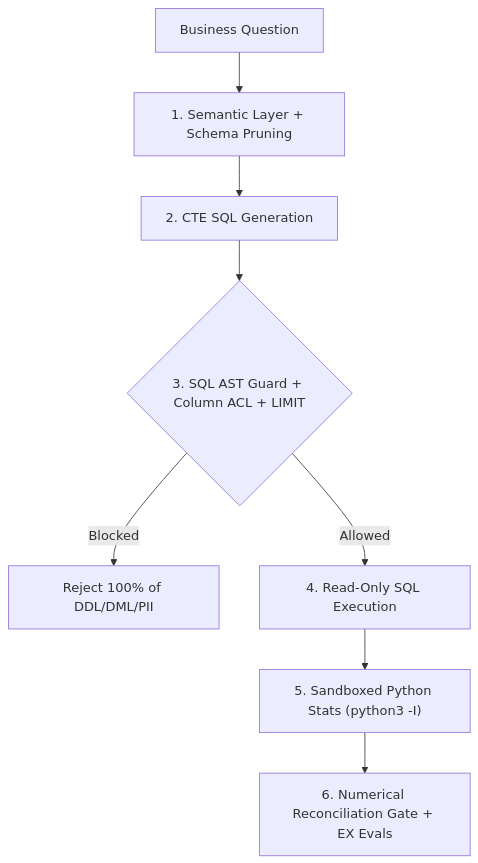
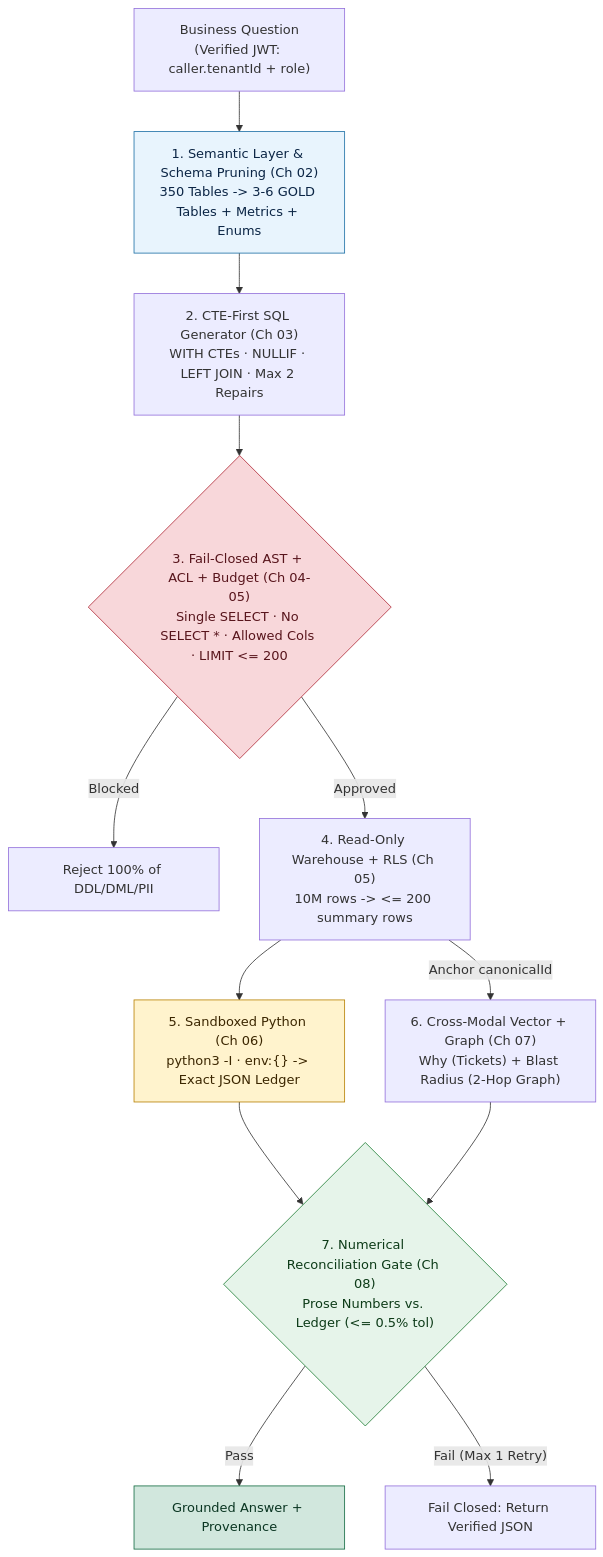
One commit to Amie-dev/FDE-and-GenAI-Mastery changed the diagram in Lecture 26 - Semantic Text-to-SQL and Analytical Python/notes/Lecture_26_Complete_Notes.md. Above: the diagram before and after it, drawn with Mermaid. The commit also changed other lines of this file and 13 other files, not shown here.

Commit message:
Refactor Lecture 44 and Lecture 45 notes for clarity and depth; enhance structure with executive summaries, chapter-by-chapter revisions, and detailed cheat sheets. Update diagrams to reflect improved architecture and flow, emphasizing security measures and identity management protocols.

````diff
--- a/Lecture 26 - Semantic Text-to-SQL and Analytical Python/notes/Lecture_26_Complete_Notes.md
+++ b/Lecture 26 - Semantic Text-to-SQL and Analytical Python/notes/Lecture_26_Complete_Notes.md
@@ -35,10 +37,20 @@
 ```mermaid
 flowchart TD
-    Q["Business Question"] --> Sem["1. Semantic Layer + Schema Pruning"]
-    Sem --> Gen["2. CTE SQL Generation"]
-    Gen --> AST{"3. SQL AST Guard + Column ACL + LIMIT"}
-    AST -->|"Blocked"| Err["Reject 100% of DDL/DML/PII"]
-    AST -->|"Allowed"| Exec["4. Read-Only SQL Execution"]
-    Exec --> Py["5. Sandboxed Python Stats (python3 -I)"]
-    Py --> Rec["6. Numerical Reconciliation Gate + EX Evals"]
+    Q["Business Question<br/>(Verified JWT: caller.tenantId + role)"] --> Sem["1. Semantic Layer & Schema Pruning (Ch 02)<br/>350 Tables -> 3-6 GOLD Tables + Metrics + Enums"]
+    Sem --> Gen["2. CTE-First SQL Generator (Ch 03)<br/>WITH CTEs · NULLIF · LEFT JOIN · Max 2 Repairs"]
+    Gen --> AST{"3. Fail-Closed AST + ACL + Budget (Ch 04-05)<br/>Single SELECT · No SELECT * · Allowed Cols · LIMIT <= 200"}
+    AST -->|"Blocked"| Deny["Reject 100% of DDL/DML/PII"]
+    AST -->|"Approved"| WH["4. Read-Only Warehouse + RLS (Ch 05)<br/>10M rows -> <= 200 summary rows"]
+    WH --> Py["5. Sandboxed Python (Ch 06)<br/>python3 -I · env:{} -> Exact JSON Ledger"]
+    WH -->|"Anchor canonicalId"| Modal["6. Cross-Modal Vector + Graph (Ch 07)<br/>Why (Tickets) + Blast Radius (2-Hop Graph)"]
+    Py --> Rec{"7. Numerical Reconciliation Gate (Ch 08)<br/>Prose Numbers vs. Ledger (<= 0.5% tol)"}
+    Modal --> Rec
+    Rec -->|"Pass"| Out["Grounded Answer + Provenance"]
+    Rec -->|"Fail (Max 1 Retry)"| JSONOut["Fail Closed: Return Verified JSON"]
+
+    style Sem fill:#e8f4fd,stroke:#1d6fa5,color:#0b2545
+    style AST fill:#f8d7da,stroke:#b02a37,color:#58151c
+    style Py fill:#fff3cd,stroke:#b78103,color:#3b2600
+    style Rec fill:#e6f4ea,stroke:#1e7e34,color:#0d3b18
+    style Out fill:#d1e7dd,stroke:#146c43,color:#0a3622
 ```
````
